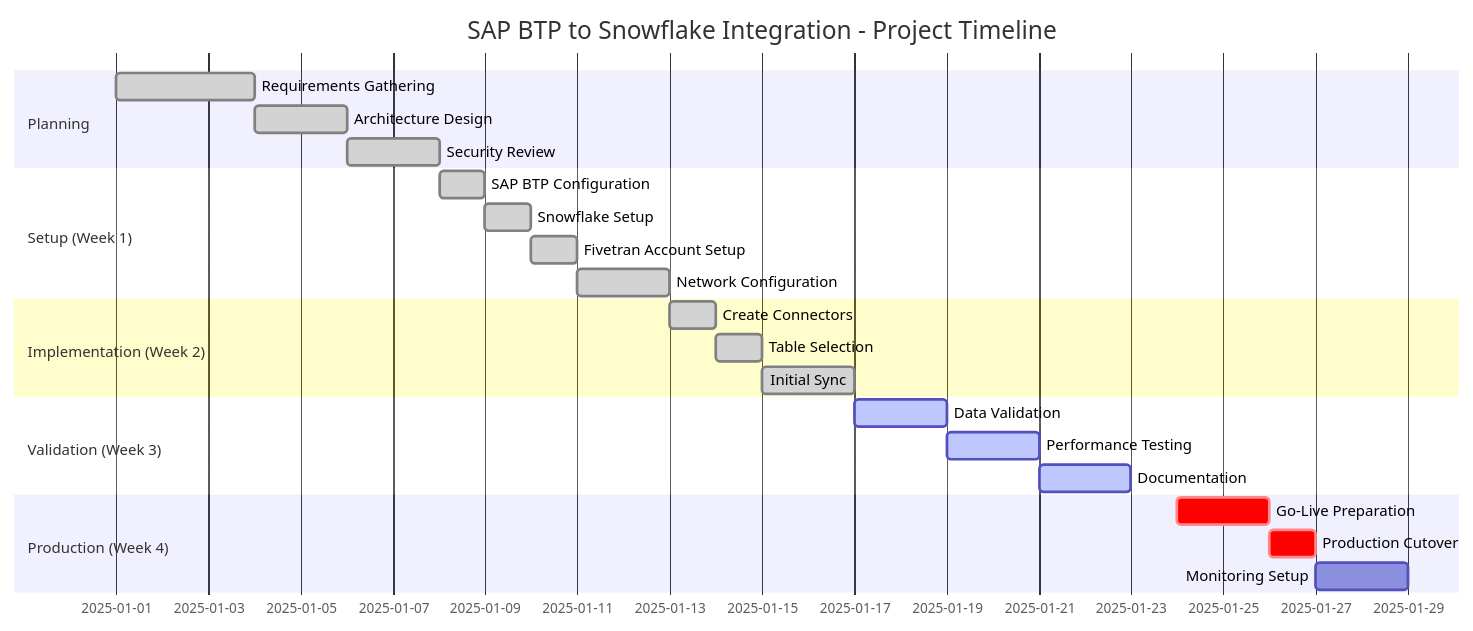
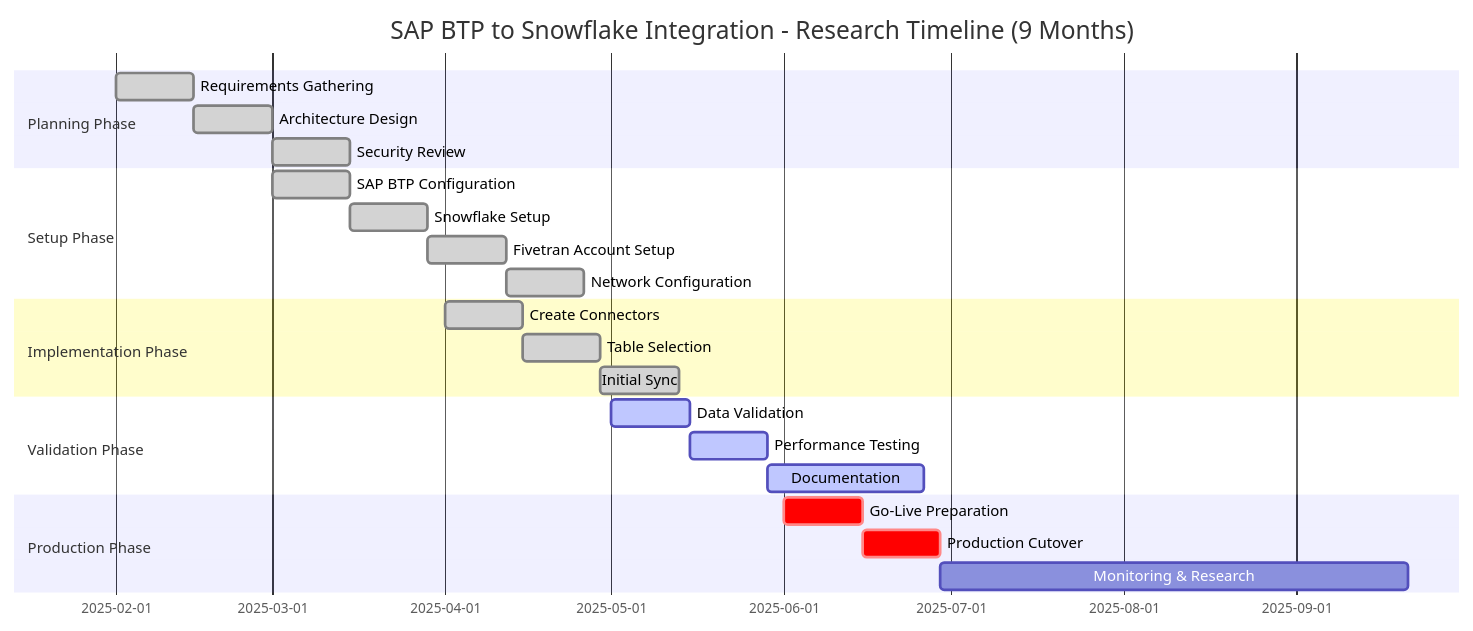
One commit to Anshuman05091997/SAP-BTP-to-Snowflake-Integration-via-Fivetran changed the first of 7 diagrams in PROJECT_FLOW.md. Above: the diagram before and after it, drawn with Mermaid. The commit also changed other lines of this file and 2 other files, not shown here.

Commit message:
Update timeline to 9 months (Feb-Oct 2025) and remove code examples

````diff
--- a/PROJECT_FLOW.md
+++ b/PROJECT_FLOW.md
@@ -25,30 +25,30 @@
 ```mermaid
 gantt
-    title SAP BTP to Snowflake Integration - Project Timeline
+    title SAP BTP to Snowflake Integration - Research Timeline (9 Months)
     dateFormat YYYY-MM-DD
-    section Planning
-    Requirements Gathering           :done, req, 2025-01-01, 3d
-    Architecture Design              :done, arch, after req, 2d
-    Security Review                  :done, sec, after arch, 2d
+    section Planning Phase
+    Requirements Gathering           :done, req, 2025-02-01, 2w
+    Architecture Design              :done, arch, after req, 2w
+    Security Review                  :done, sec, after arch, 2w
     
-    section Setup (Week 1)
-    SAP BTP Configuration           :done, sap, 2025-01-08, 1d
-    Snowflake Setup                 :done, snow, after sap, 1d
-    Fivetran Account Setup          :done, ftv, after snow, 1d
-    Network Configuration           :done, net, after ftv, 2d
+    section Setup Phase
+    SAP BTP Configuration           :done, sap, 2025-03-01, 2w
+    Snowflake Setup                 :done, snow, after sap, 2w
+    Fivetran Account Setup          :done, ftv, after snow, 2w
+    Network Configuration           :done, net, after ftv, 2w
     
-    section Implementation (Week 2)
-    Create Connectors               :done, conn, 2025-01-13, 1d
-    Table Selection                 :done, tbl, after conn, 1d
-    Initial Sync                    :done, init, after tbl, 2d
+    section Implementation Phase
+    Create Connectors               :done, conn, 2025-04-01, 2w
+    Table Selection                 :done, tbl, after conn, 2w
+    Initial Sync                    :done, init, after tbl, 2w
     
-    section Validation (Week 3)
-    Data Validation                 :active, val, 2025-01-17, 2d
-    Performance Testing             :active, perf, after val, 2d
-    Documentation                   :active, doc, after perf, 2d
+    section Validation Phase
+    Data Validation                 :active, val, 2025-05-01, 2w
+    Performance Testing             :active, perf, after val, 2w
+    Documentation                   :active, doc, after perf, 4w
     
-    section Production (Week 4)
-    Go-Live Preparation             :crit, prep, 2025-01-24, 2d
-    Production Cutover              :crit, prod, after prep, 1d
-    Monitoring Setup                :monitor, after prod, 2d
+    section Production Phase
+    Go-Live Preparation             :crit, prep, 2025-06-01, 2w
+    Production Cutover              :crit, prod, after prep, 2w
+    Monitoring & Research           :monitor, after prod, 12w
 ```
````
